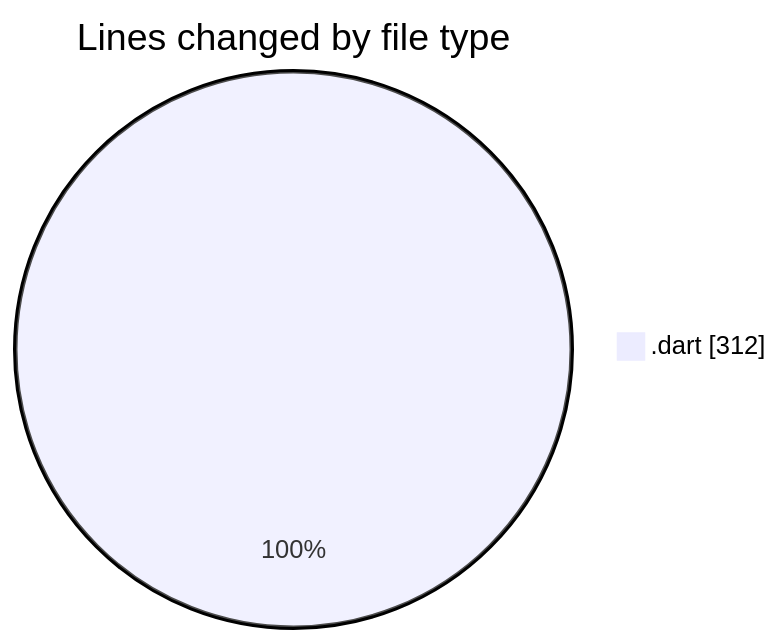
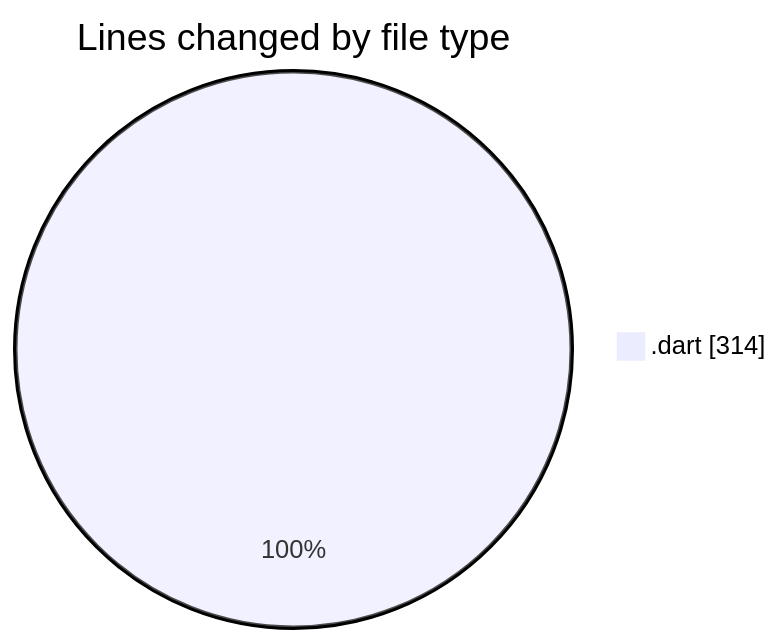
One commit to donsfak/code-tracking changed the first of 2 diagrams in 2025-01-23/trackers_app/README.md. Above: the diagram before and after it, drawn with Mermaid. The commit also changed other lines of this file and 1 other file, not shown here.

````diff
--- a/2025-01-23/trackers_app/README.md
+++ b/2025-01-23/trackers_app/README.md
@@ -22,5 +22,5 @@
 ```mermaid
 pie showData
 title Lines changed by file type
-".dart" : 312
+".dart" : 314
 ```
````
